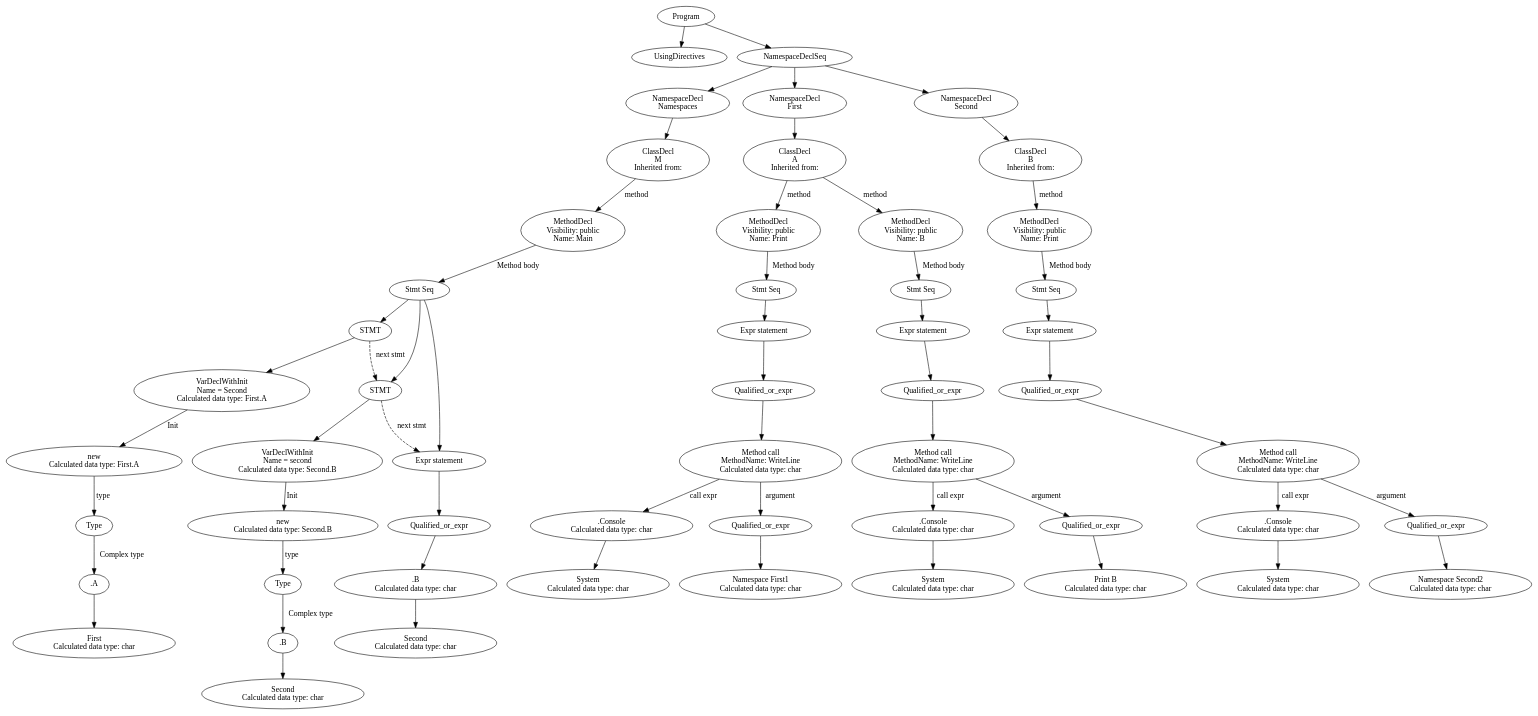
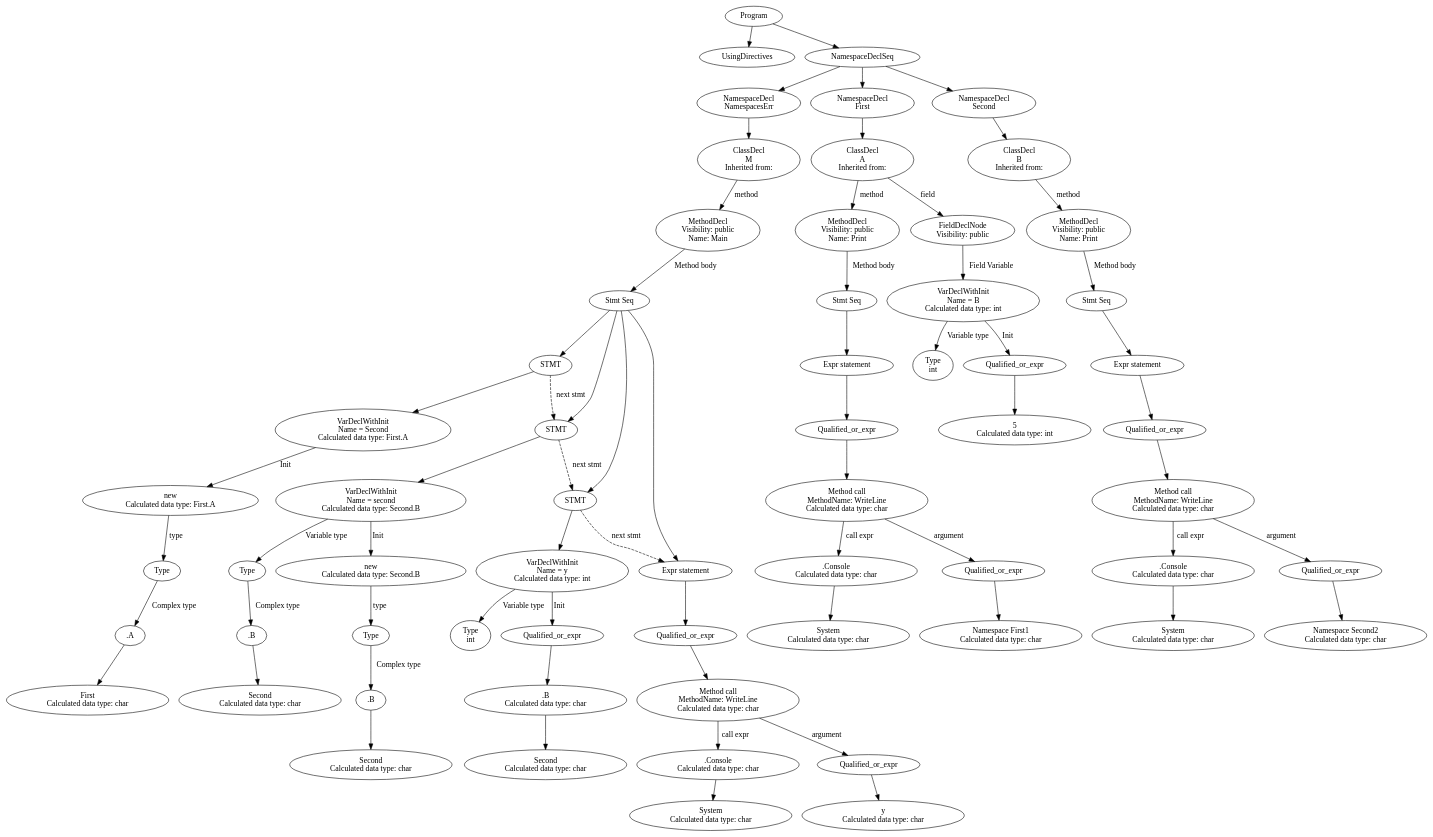
Before and after one commit to SergeyGT/CSharp_Compiler: the diagram in lexer-build/ast.dot, drawn with Graphviz. The commit also changed 3 other files, not shown here.

```diff
--- a/lexer-build/ast.dot
+++ b/lexer-build/ast.dot
@@ -1,111 +1,128 @@
 digraph Program {
-66 [label="Program"]
+73 [label="Program"]
 0 [label="UsingDirectives"]
-24 [label="NamespaceDeclSeq"]
-23 [label="NamespaceDecl\nNamespaces"]
-21 [label="ClassDecl\nM\nInherited from: "]
-19 [label="MethodDecl\nVisibility: public\nName: Main"]
+37 [label="NamespaceDeclSeq"]
+36 [label="NamespaceDecl\nNamespacesErr"]
+34 [label="ClassDecl\nM\nInherited from: "]
+32 [label="MethodDecl\nVisibility: public\nName: Main"]
 8 [label="Stmt Seq"]
 7 [label="STMT"]
 6 [label="VarDeclWithInit\nName = Second\nCalculated data type: First.A"]
 5 [label="new\nCalculated data type: First.A"]
 4 [label="Type"]
 3 [label=".A"]
 2 [label="First\nCalculated data type: char"]
 3 -> 2
 4 -> 3 [label="Complex type"]
 5 -> 4 [label="type"]
 6 -> 5 [label="Init"]
 7 -> 6
 8 -> 7
-14 [label="STMT"]
-13 [label="VarDeclWithInit\nName = second\nCalculated data type: Second.B"]
-12 [label="new\nCalculated data type: Second.B"]
+17 [label="STMT"]
+16 [label="VarDeclWithInit\nName = second\nCalculated data type: Second.B"]
 11 [label="Type"]
 10 [label=".B"]
 9 [label="Second\nCalculated data type: char"]
 10 -> 9
 11 -> 10 [label="Complex type"]
-12 -> 11 [label="type"]
-13 -> 12 [label="Init"]
-14 -> 13
-8 -> 14
-7 -> 14 [label="next stmt"][style="dashed"]
-18 [label="Expr statement"]
-17 [label="Qualified_or_expr"]
-16 [label=".B\nCalculated data type: char"]
-15 [label="Second\nCalculated data type: char"]
-16 -> 15
+16 -> 11 [label="Variable type"]
+15 [label="new\nCalculated data type: Second.B"]
+14 [label="Type"]
+13 [label=".B"]
+12 [label="Second\nCalculated data type: char"]
+13 -> 12
+14 -> 13 [label="Complex type"]
+15 -> 14 [label="type"]
+16 -> 15 [label="Init"]
 17 -> 16
-18 -> 17
-8 -> 18
-14 -> 18 [label="next stmt"][style="dashed"]
-19 -> 8 [label="Method body"]
-21 -> 19 [label="method"]
-23 -> 21
-24 -> 23
-50 [label="NamespaceDecl\nFirst"]
-48 [label="ClassDecl\nA\nInherited from: "]
-35 [label="MethodDecl\nVisibility: public\nName: Print"]
-34 [label="Stmt Seq"]
-33 [label="Expr statement"]
-32 [label="Qualified_or_expr"]
-31 [label="Method call\nMethodName: WriteLine\nCalculated data type: char"]
-27 [label=".Console\nCalculated data type: char"]
-26 [label="System\nCalculated data type: char"]
+8 -> 17
+7 -> 17 [label="next stmt"][style="dashed"]
+23 [label="STMT"]
+22 [label="VarDeclWithInit\nName = y\nCalculated data type: int"]
+18 [label="Type\nint"]
+22 -> 18 [label="Variable type"]
+21 [label="Qualified_or_expr"]
+20 [label=".B\nCalculated data type: char"]
+19 [label="Second\nCalculated data type: char"]
+20 -> 19
+21 -> 20
+22 -> 21 [label="Init"]
+23 -> 22
+8 -> 23
+17 -> 23 [label="next stmt"][style="dashed"]
+31 [label="Expr statement"]
+30 [label="Qualified_or_expr"]
+29 [label="Method call\nMethodName: WriteLine\nCalculated data type: char"]
+25 [label=".Console\nCalculated data type: char"]
+24 [label="System\nCalculated data type: char"]
+25 -> 24
+29 -> 25 [label="call expr"]
+27 [label="Qualified_or_expr"]
+26 [label="y\nCalculated data type: char"]
 27 -> 26
-31 -> 27 [label="call expr"]
-29 [label="Qualified_or_expr"]
-28 [label="Namespace First1\nCalculated data type: char"]
-29 -> 28
-31 -> 29 [label="argument"]
-32 -> 31
-33 -> 32
-34 -> 33
-35 -> 34 [label="Method body"]
-48 -> 35 [label="method"]
-47 [label="MethodDecl\nVisibility: public\nName: B"]
-46 [label="Stmt Seq"]
-45 [label="Expr statement"]
-44 [label="Qualified_or_expr"]
-43 [label="Method call\nMethodName: WriteLine\nCalculated data type: char"]
-39 [label=".Console\nCalculated data type: char"]
-38 [label="System\nCalculated data type: char"]
-39 -> 38
-43 -> 39 [label="call expr"]
-41 [label="Qualified_or_expr"]
-40 [label="Print B\nCalculated data type: char"]
-41 -> 40
-43 -> 41 [label="argument"]
-44 -> 43
-45 -> 44
+29 -> 27 [label="argument"]
+30 -> 29
+31 -> 30
+8 -> 31
+23 -> 31 [label="next stmt"][style="dashed"]
+32 -> 8 [label="Method body"]
+34 -> 32 [label="method"]
+36 -> 34
+37 -> 36
+57 [label="NamespaceDecl\nFirst"]
+55 [label="ClassDecl\nA\nInherited from: "]
+54 [label="MethodDecl\nVisibility: public\nName: Print"]
+53 [label="Stmt Seq"]
+52 [label="Expr statement"]
+51 [label="Qualified_or_expr"]
+50 [label="Method call\nMethodName: WriteLine\nCalculated data type: char"]
+46 [label=".Console\nCalculated data type: char"]
+45 [label="System\nCalculated data type: char"]
 46 -> 45
-47 -> 46 [label="Method body"]
-48 -> 47 [label="method"]
-50 -> 48
-24 -> 50
-65 [label="NamespaceDecl\nSecond"]
-63 [label="ClassDecl\nB\nInherited from: "]
-61 [label="MethodDecl\nVisibility: public\nName: Print"]
-60 [label="Stmt Seq"]
-59 [label="Expr statement"]
-58 [label="Qualified_or_expr"]
-57 [label="Method call\nMethodName: WriteLine\nCalculated data type: char"]
-53 [label=".Console\nCalculated data type: char"]
-52 [label="System\nCalculated data type: char"]
+50 -> 46 [label="call expr"]
+48 [label="Qualified_or_expr"]
+47 [label="Namespace First1\nCalculated data type: char"]
+48 -> 47
+50 -> 48 [label="argument"]
+51 -> 50
+52 -> 51
 53 -> 52
-57 -> 53 [label="call expr"]
-55 [label="Qualified_or_expr"]
-54 [label="Namespace Second2\nCalculated data type: char"]
-55 -> 54
-57 -> 55 [label="argument"]
-58 -> 57
-59 -> 58
+54 -> 53 [label="Method body"]
+55 -> 54 [label="method"]
+42 [label="FieldDeclNode\nVisibility: public"]
+41 [label="VarDeclWithInit\nName = B\nCalculated data type: int"]
+38 [label="Type\nint"]
+41 -> 38 [label="Variable type"]
+40 [label="Qualified_or_expr"]
+39 [label="5\nCalculated data type: int"]
+40 -> 39
+41 -> 40 [label="Init"]
+42 -> 41 [label="Field Variable"]
+55 -> 42 [label="field"]
+57 -> 55
+37 -> 57
+72 [label="NamespaceDecl\nSecond"]
+70 [label="ClassDecl\nB\nInherited from: "]
+68 [label="MethodDecl\nVisibility: public\nName: Print"]
+67 [label="Stmt Seq"]
+66 [label="Expr statement"]
+65 [label="Qualified_or_expr"]
+64 [label="Method call\nMethodName: WriteLine\nCalculated data type: char"]
+60 [label=".Console\nCalculated data type: char"]
+59 [label="System\nCalculated data type: char"]
 60 -> 59
-61 -> 60 [label="Method body"]
-63 -> 61 [label="method"]
-65 -> 63
-24 -> 65
-66 -> 0
-66 -> 24
+64 -> 60 [label="call expr"]
+62 [label="Qualified_or_expr"]
+61 [label="Namespace Second2\nCalculated data type: char"]
+62 -> 61
+64 -> 62 [label="argument"]
+65 -> 64
+66 -> 65
+67 -> 66
+68 -> 67 [label="Method body"]
+70 -> 68 [label="method"]
+72 -> 70
+37 -> 72
+73 -> 0
+73 -> 37
 }
```
